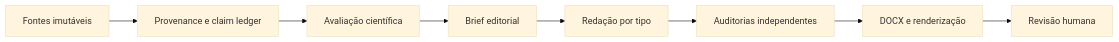
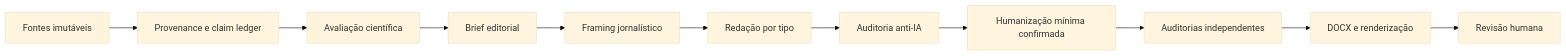
One commit to gabrielschuchter/reviews-editorial-system changed the diagram in docs/architecture/reviews-editorial-system.md. Above: the diagram before and after it, drawn with Mermaid (base theme). The commit also changed other lines of this file and 106 other files, not shown here.

````diff
--- a/docs/architecture/reviews-editorial-system.md
+++ b/docs/architecture/reviews-editorial-system.md
@@ -5,10 +5,13 @@
 ```mermaid
 flowchart LR
   S[Fontes imutáveis] --> P[Provenance e claim ledger]
   P --> M[Avaliação científica]
   M --> B[Brief editorial]
-  B --> W[Redação por tipo]
-  W --> A[Auditorias independentes]
+  B --> F[Framing jornalístico]
+  F --> W[Redação por tipo]
+  W --> X[Auditoria anti-IA]
+  X --> HZ[Humanização mínima confirmada]
+  HZ --> A[Auditorias independentes]
   A --> D[DOCX e renderização]
   D --> H[Revisão humana]
 ```
````
